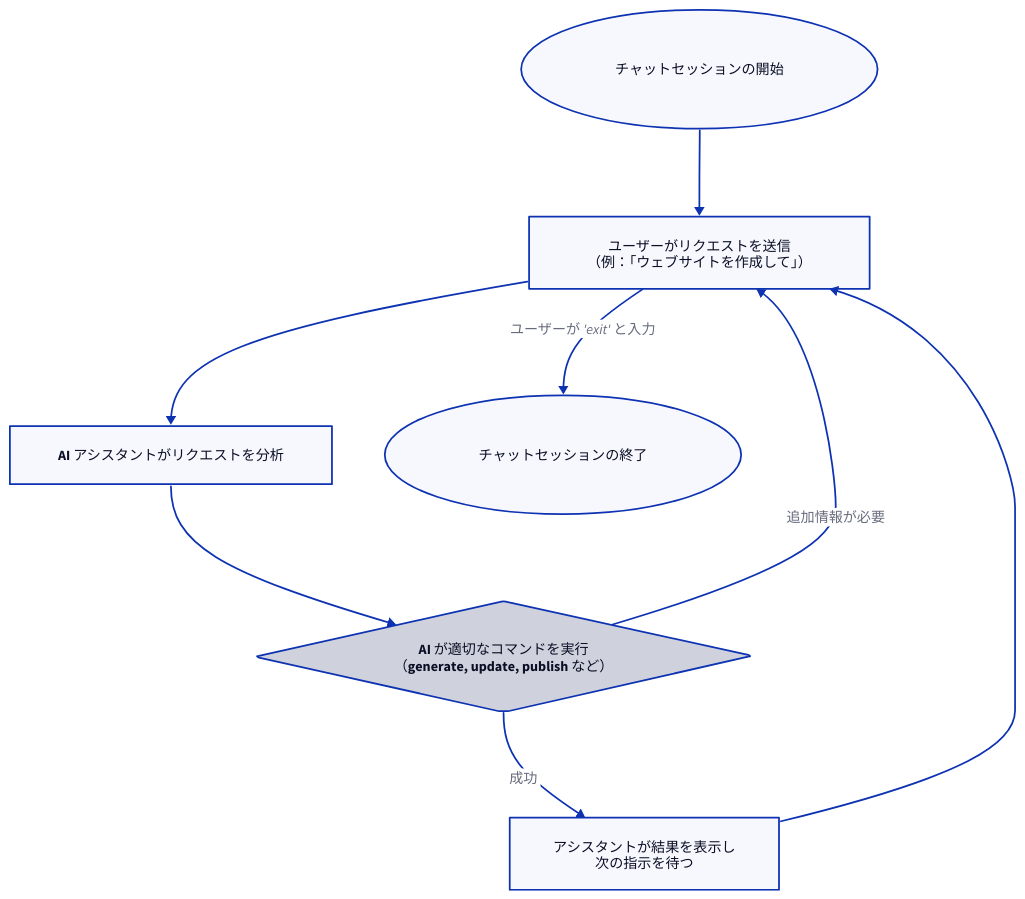
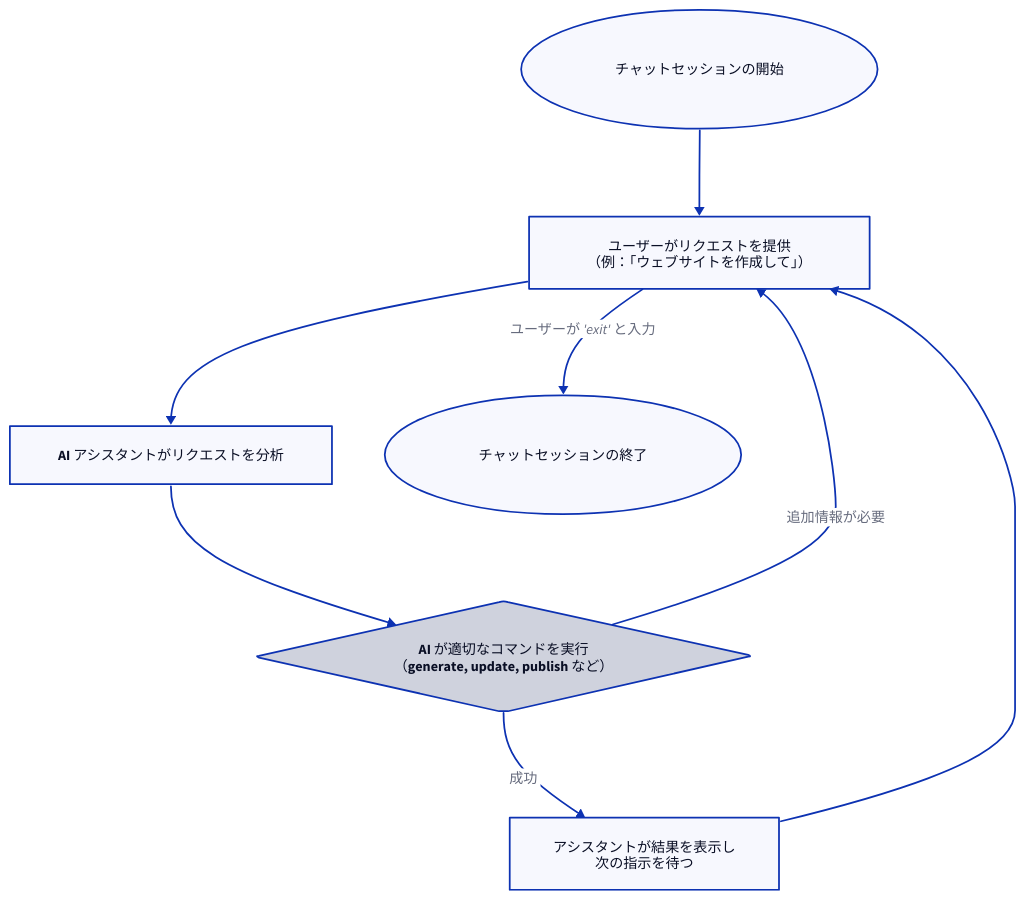
Before and after one commit to AIGNE-io/aigne-web-smith: the diagram in .aigne/doc-smith/docs/core-tasks-using-the-interactive-chat.ja.md, drawn with D2. The commit also changed other lines of this file and 102 other files, not shown here.

````diff
--- a/.aigne/doc-smith/docs/core-tasks-using-the-interactive-chat.ja.md
+++ b/.aigne/doc-smith/docs/core-tasks-using-the-interactive-chat.ja.md
@@ -11,38 +13,38 @@
 ```d2
 direction: down
 
 start: {
   label: "チャットセッションの開始"
   shape: oval
 }
 
 user_input: {
-  label: "ユーザーがリクエストを送信\n（例：「ウェブサイトを作成して」）"
+  label: "ユーザーがリクエストを提供\n（例：「ウェブサイトを作成して」）"
 }
 
 ai_process: {
   label: "AI アシスタントがリクエストを分析"
 }
 
 execute_task: {
   label: "AI が適切なコマンドを実行\n（generate, update, publish など）"
   shape: diamond
 }
 
 show_result: {
   label: "アシスタントが結果を表示し\n次の指示を待つ"
 }
 
 end: {
   label: "チャットセッションの終了"
   shape: oval
 }
 
 start -> user_input
 user_input -> ai_process
 ai_process -> execute_task
 execute_task -> show_result: "成功"
 show_result -> user_input
 execute_task -> user_input: "追加情報が必要"
 user_input -> end: "ユーザーが 'exit' と入力"
 ```
````
